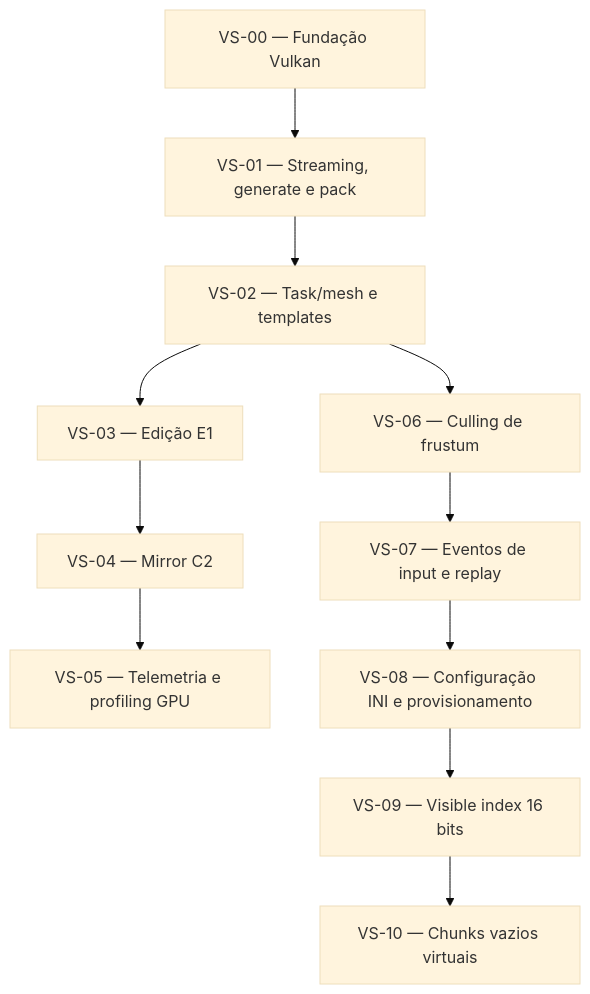
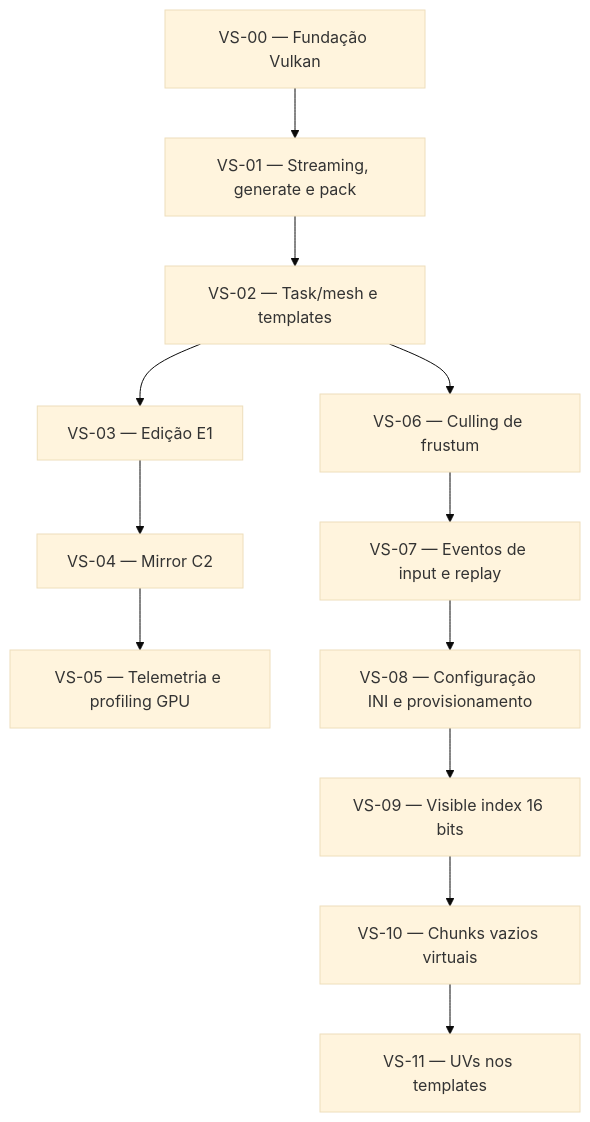
The diagram in docs/obsidian/tracking/dependencias.md (Ruannilton/vox), drawn with Mermaid (base theme) before and after one commit. The commit also changed other lines of this file and 15 other files, not shown here.

Commit message:
VS-11: UVs nos templates de malha

````diff
--- a/docs/obsidian/tracking/dependencias.md
+++ b/docs/obsidian/tracking/dependencias.md
@@ -7,25 +7,27 @@
 ```mermaid
 graph TD
     VS00[VS-00 — Fundação Vulkan]
     VS01[VS-01 — Streaming, generate e pack]
     VS02[VS-02 — Task/mesh e templates]
     VS03[VS-03 — Edição E1]
     VS04[VS-04 — Mirror C2]
     VS05[VS-05 — Telemetria e profiling GPU]
     VS06[VS-06 — Culling de frustum]
     VS07[VS-07 — Eventos de input e replay]
     VS08[VS-08 — Configuração INI e provisionamento]
     VS09[VS-09 — Visible index 16 bits]
     VS10[VS-10 — Chunks vazios virtuais]
+    VS11[VS-11 — UVs nos templates]
 
     VS00 --> VS01
     VS01 --> VS02
     VS02 --> VS03
     VS03 --> VS04
     VS04 --> VS05
     VS02 --> VS06
     VS06 --> VS07
     VS07 --> VS08
     VS08 --> VS09
     VS09 --> VS10
+    VS10 --> VS11
 ```
````
